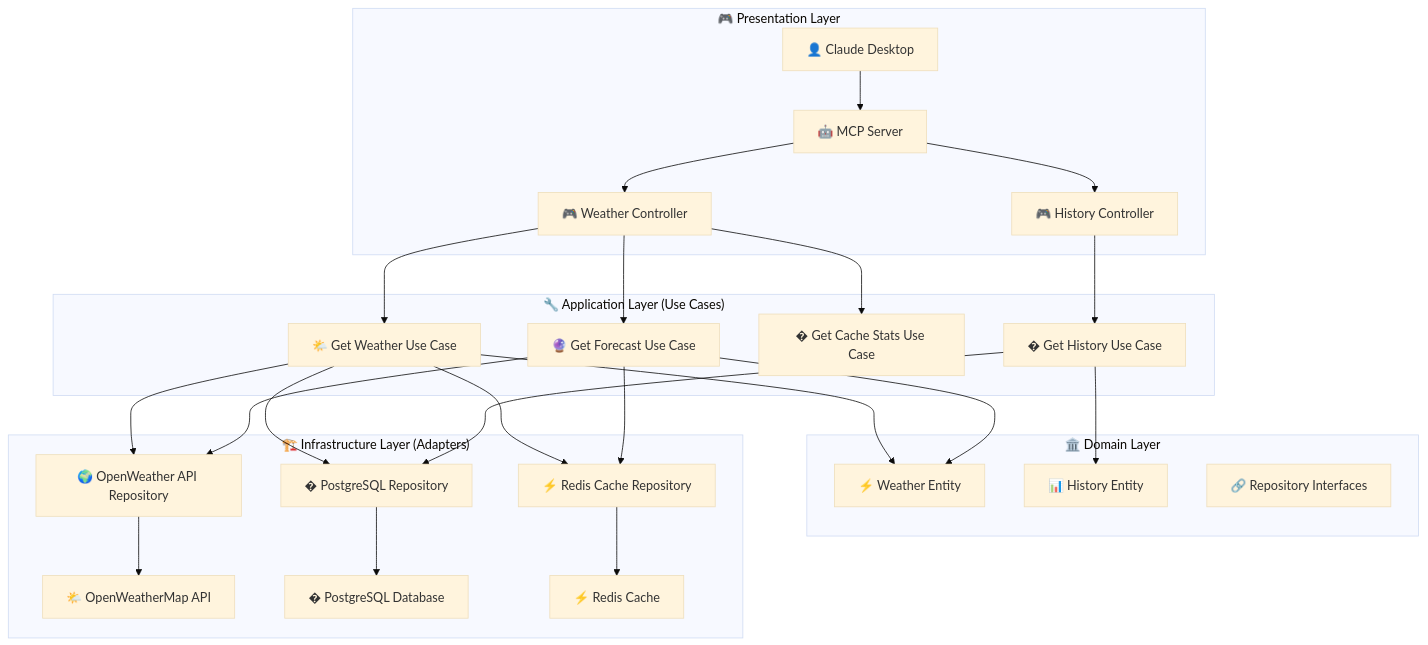
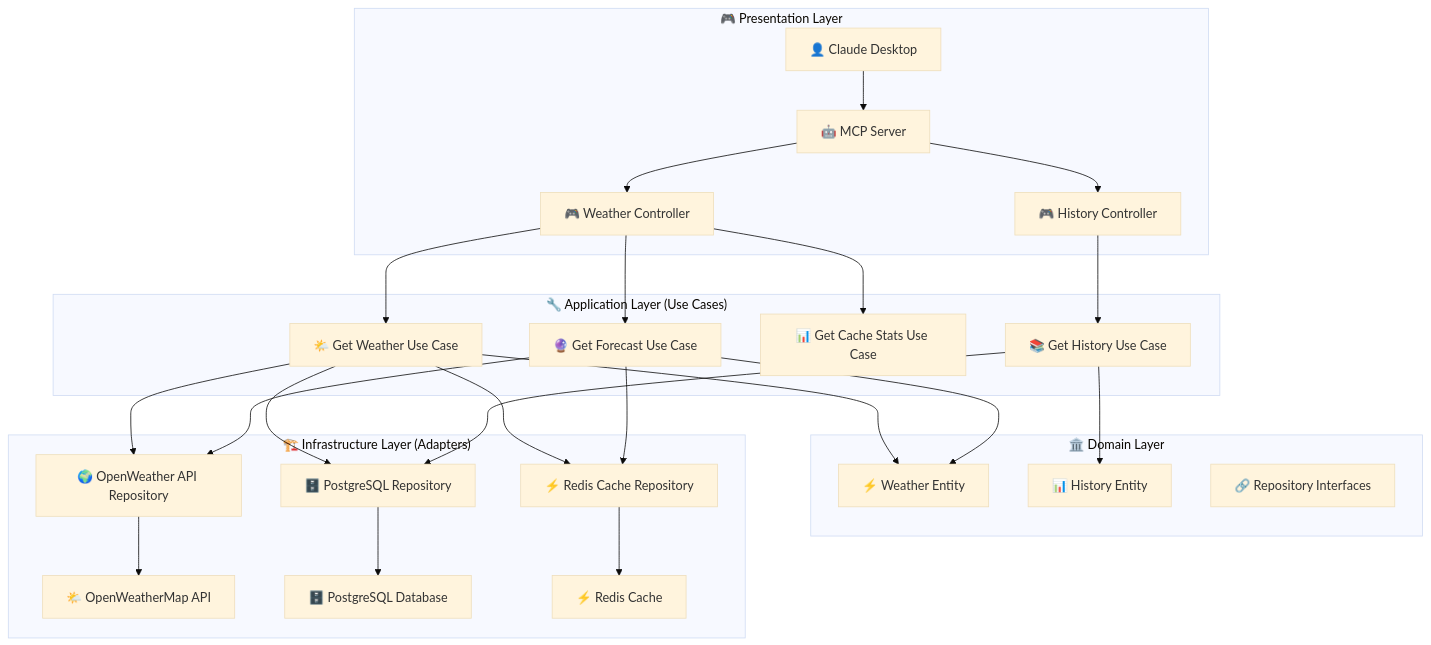
One commit to glaucia86/weather-mcp-server changed the diagram in README.md. Above: the diagram before and after it, drawn with Mermaid (base theme). The commit also changed other lines of this file, not shown here.

````diff
--- a/README.md
+++ b/README.md
@@ -84,34 +84,34 @@
 ```mermaid
 graph TB
     subgraph "🎮 Presentation Layer"
         A[👤 Claude Desktop] --> B[🤖 MCP Server]
         B --> C[🎮 Weather Controller]
         B --> D[🎮 History Controller]
     end
     
     subgraph "🔧 Application Layer (Use Cases)"
         C --> E[🌤️ Get Weather Use Case]
         C --> F[🔮 Get Forecast Use Case]  
-        C --> G[� Get Cache Stats Use Case]
-        D --> H[� Get History Use Case]
+        C --> G[📊 Get Cache Stats Use Case]
+        D --> H[📚 Get History Use Case]
     end
     
     subgraph "🏛️ Domain Layer"
         E --> I[⚡ Weather Entity]
         F --> I
         H --> J[📊 History Entity]
         K[🔗 Repository Interfaces]
     end
     
     subgraph "🏗️ Infrastructure Layer (Adapters)"
         E --> L[🌍 OpenWeather API Repository]
-        E --> M[�️ PostgreSQL Repository]
+        E --> M[🗄️ PostgreSQL Repository]
         E --> N[⚡ Redis Cache Repository]
         F --> L
         F --> N
         H --> M
         L --> O[🌤️ OpenWeatherMap API]
-        M --> P[� PostgreSQL Database]
+        M --> P[🗄️ PostgreSQL Database]
         N --> Q[⚡ Redis Cache]
     end
 ```
````
